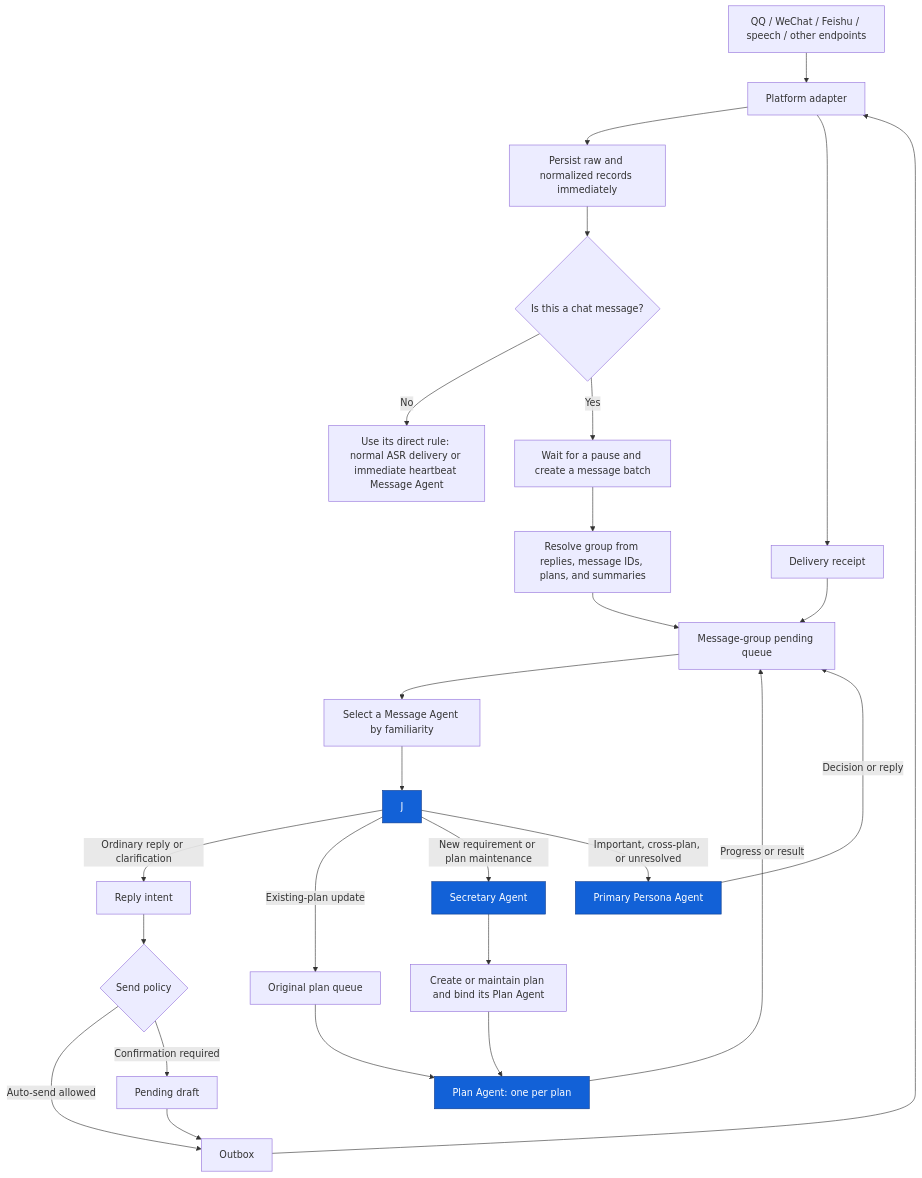
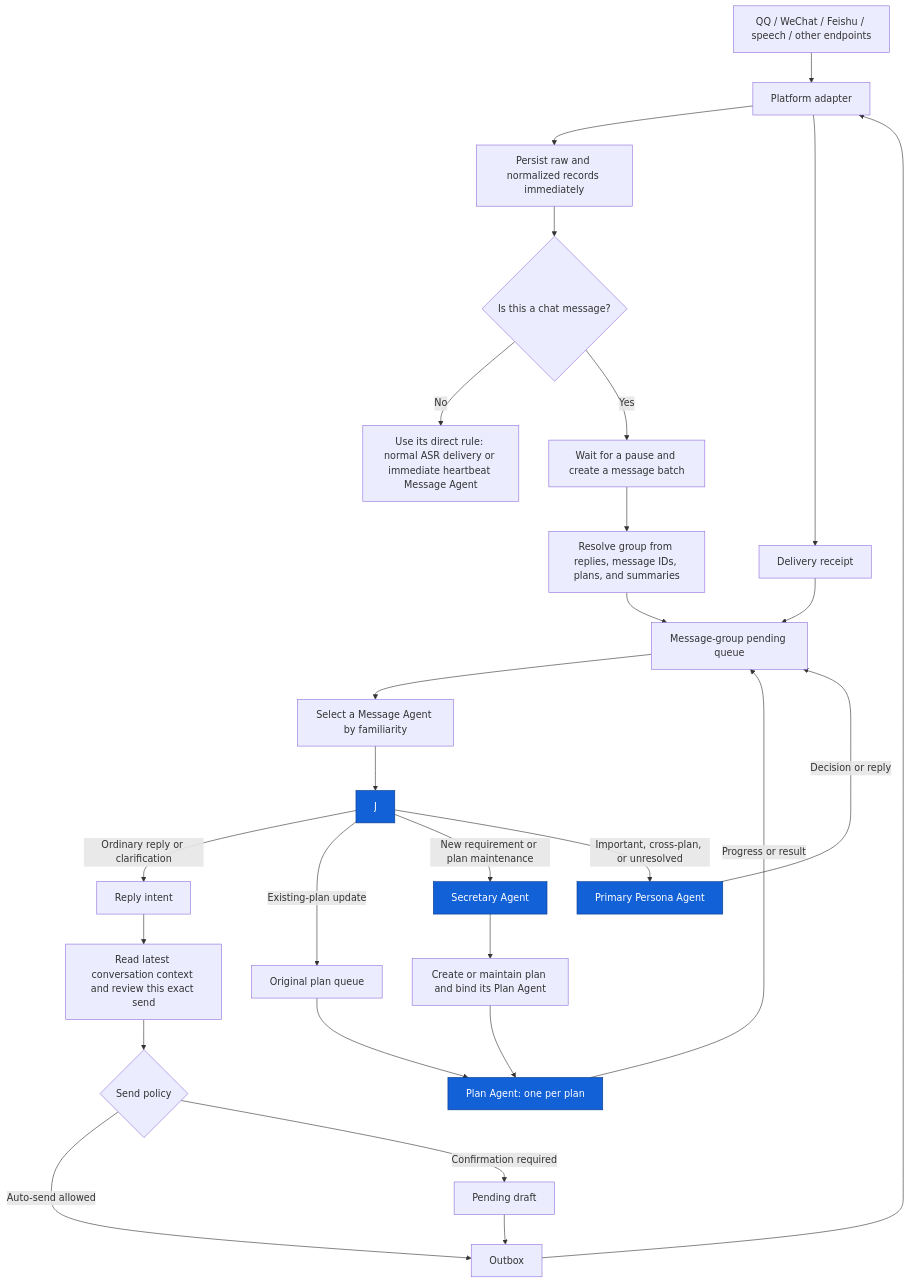
One commit to vb2250158/RabiRoute changed the first of 2 diagrams in docs/group-message-batching-and-triage-plan_en.md. Above: the diagram before and after it, drawn with Mermaid. The commit also changed other lines of this file and 186 other files, not shown here.

````diff
--- a/docs/group-message-batching-and-triage-plan_en.md
+++ b/docs/group-message-batching-and-triage-plan_en.md
@@ -62,34 +62,35 @@
 ```mermaid
 flowchart TB
     A["QQ / WeChat / Feishu / speech / other endpoints"] --> B["Platform adapter"]
     B --> C["Persist raw and normalized records immediately"]
     C --> D{"Is this a chat message?"}
     D -->|"No"| E["Use its direct rule: normal ASR delivery or immediate heartbeat Message Agent"]
     D -->|"Yes"| F["Wait for a pause and create a message batch"]
     F --> G["Resolve group from replies, message IDs, plans, and summaries"]
     G --> H["Message-group pending queue"]
     H --> I["Select a Message Agent by familiarity"]
     I --> J
 
     J -->|"Ordinary reply or clarification"| K["Reply intent"]
     J -->|"Existing-plan update"| L["Original plan queue"]
     J -->|"New requirement or plan maintenance"| M["Secretary Agent"]
     J -->|"Important, cross-plan, or unresolved"| N["Primary Persona Agent"]
 
     M --> O["Create or maintain plan and bind its Plan Agent"]
     O --> P["Plan Agent: one per plan"]
     L --> P
     P -->|"Progress or result"| H
     N -->|"Decision or reply"| H
 
-    K --> Q{"Send policy"}
+    K --> T0["Read latest conversation context and review this exact send"]
+    T0 --> Q{"Send policy"}
     Q -->|"Auto-send allowed"| R["Outbox"]
     Q -->|"Confirmation required"| S["Pending draft"]
     S --> R
     R --> B
     B --> T["Delivery receipt"]
     T --> H
 
     classDef agent fill:#1261d7,stroke:#0a388b,color:#ffffff;
     class J,M,N,P agent;
 ```
````
